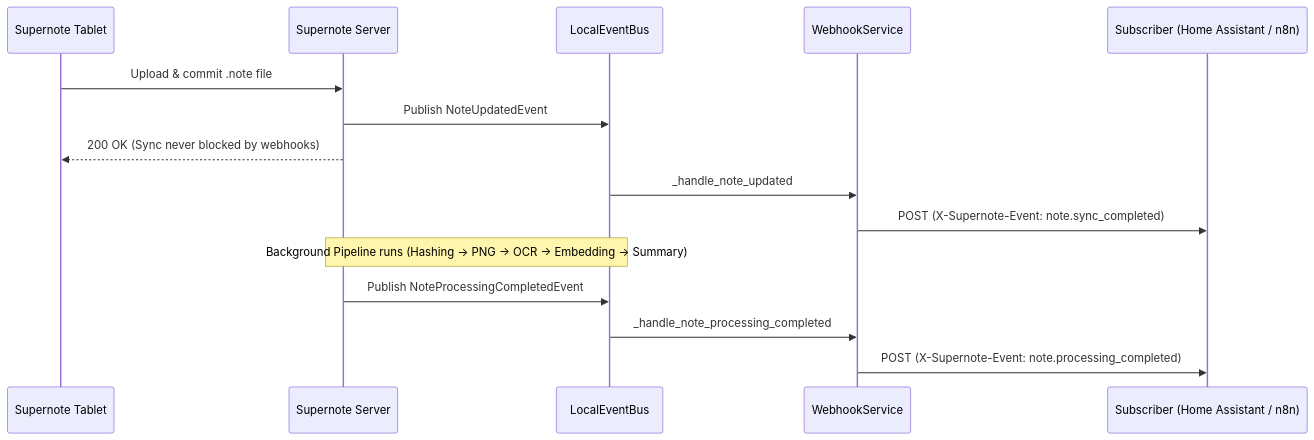
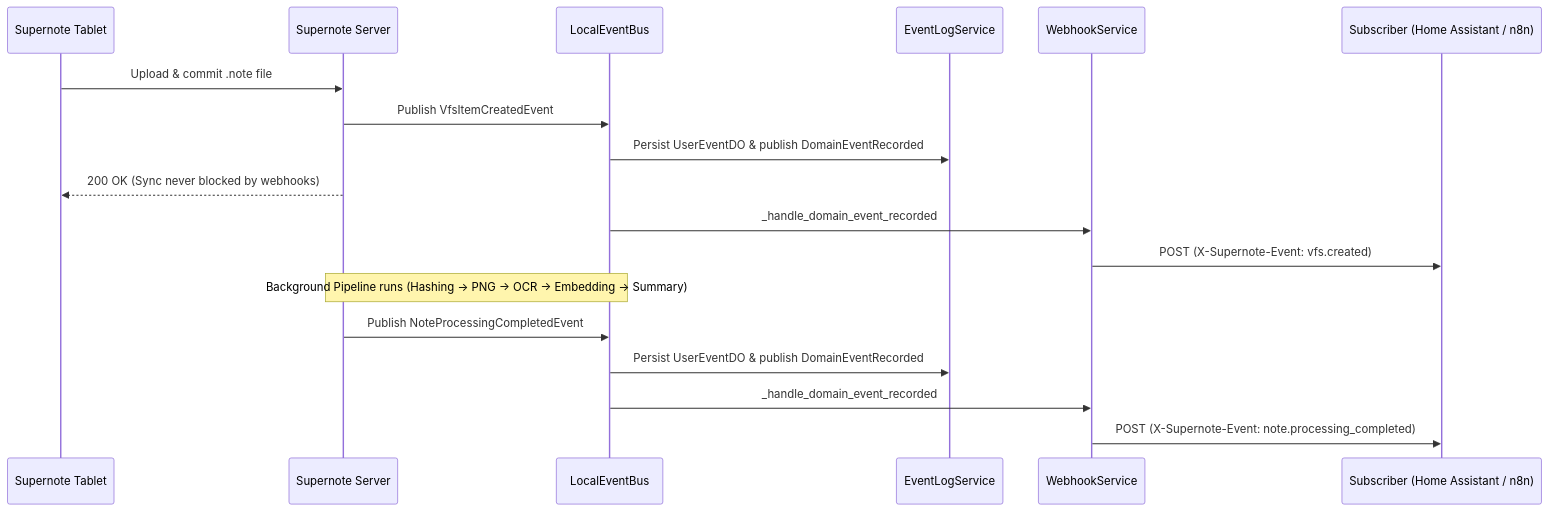
The diagram in docs/webhooks_and_integrations.md (allenporter/supernote), drawn with Mermaid before and after one commit. The commit also changed other lines of this file and 16 other files, not shown here.

Commit message:
refactor(webhooks): converge WebhookService onto DomainEventRecorded and DomainEventVO

````diff
--- a/docs/webhooks_and_integrations.md
+++ b/docs/webhooks_and_integrations.md
@@ -104,18 +104,21 @@
 ```mermaid
 sequenceDiagram
     participant Device as Supernote Tablet
     participant Server as Supernote Server
     participant Bus as LocalEventBus
+    participant EL as EventLogService
     participant WH as WebhookService
     participant Endpoint as Subscriber (Home Assistant / n8n)
 
     Device->>Server: Upload & commit .note file
-    Server->>Bus: Publish NoteUpdatedEvent
+    Server->>Bus: Publish VfsItemCreatedEvent
+    Bus->>EL: Persist UserEventDO & publish DomainEventRecorded
     Server-->>Device: 200 OK (Sync never blocked by webhooks)
-    Bus->>WH: _handle_note_updated
-    WH->>Endpoint: POST (X-Supernote-Event: note.sync_completed)
+    Bus->>WH: _handle_domain_event_recorded
+    WH->>Endpoint: POST (X-Supernote-Event: vfs.created)
     Note over Server,Bus: Background Pipeline runs (Hashing -> PNG -> OCR -> Embedding -> Summary)
     Server->>Bus: Publish NoteProcessingCompletedEvent
-    Bus->>WH: _handle_note_processing_completed
+    Bus->>EL: Persist UserEventDO & publish DomainEventRecorded
+    Bus->>WH: _handle_domain_event_recorded
     WH->>Endpoint: POST (X-Supernote-Event: note.processing_completed)
 ```
````
